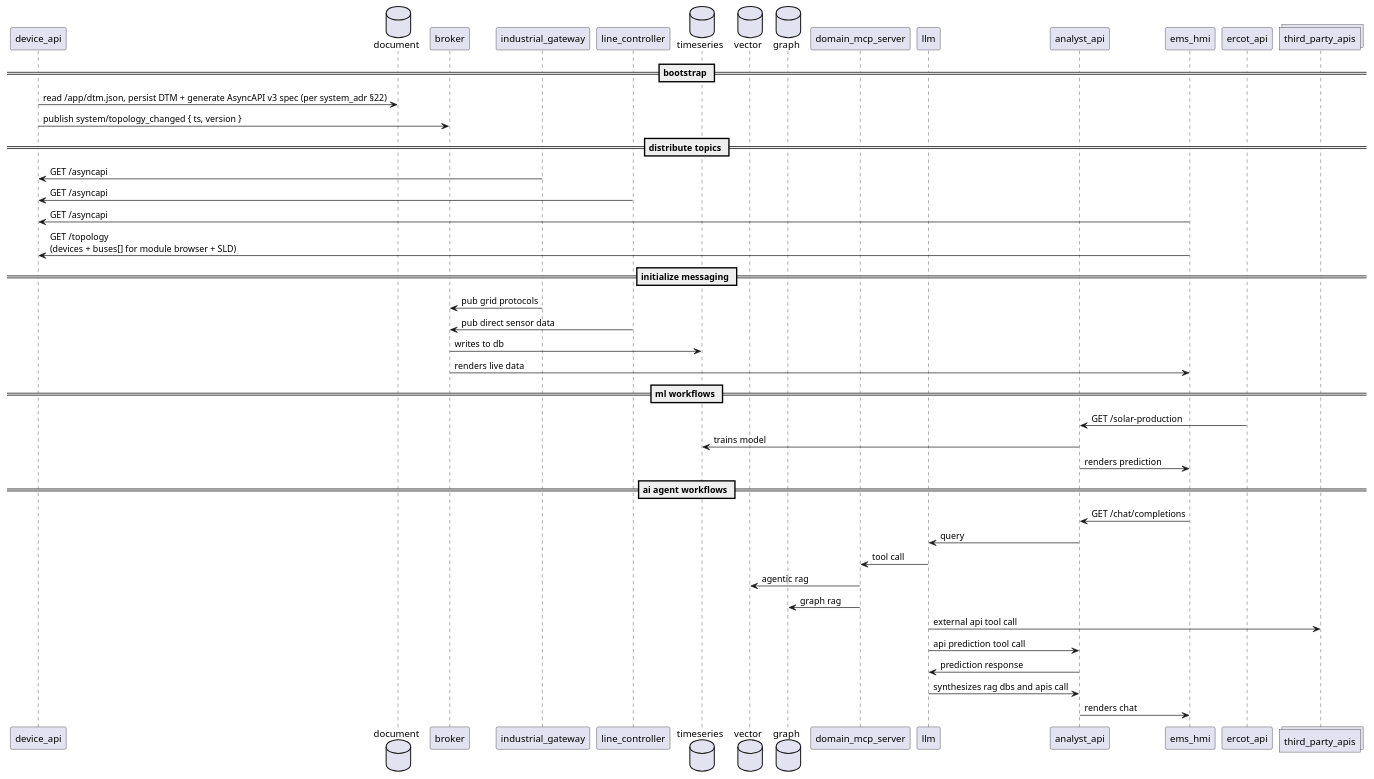
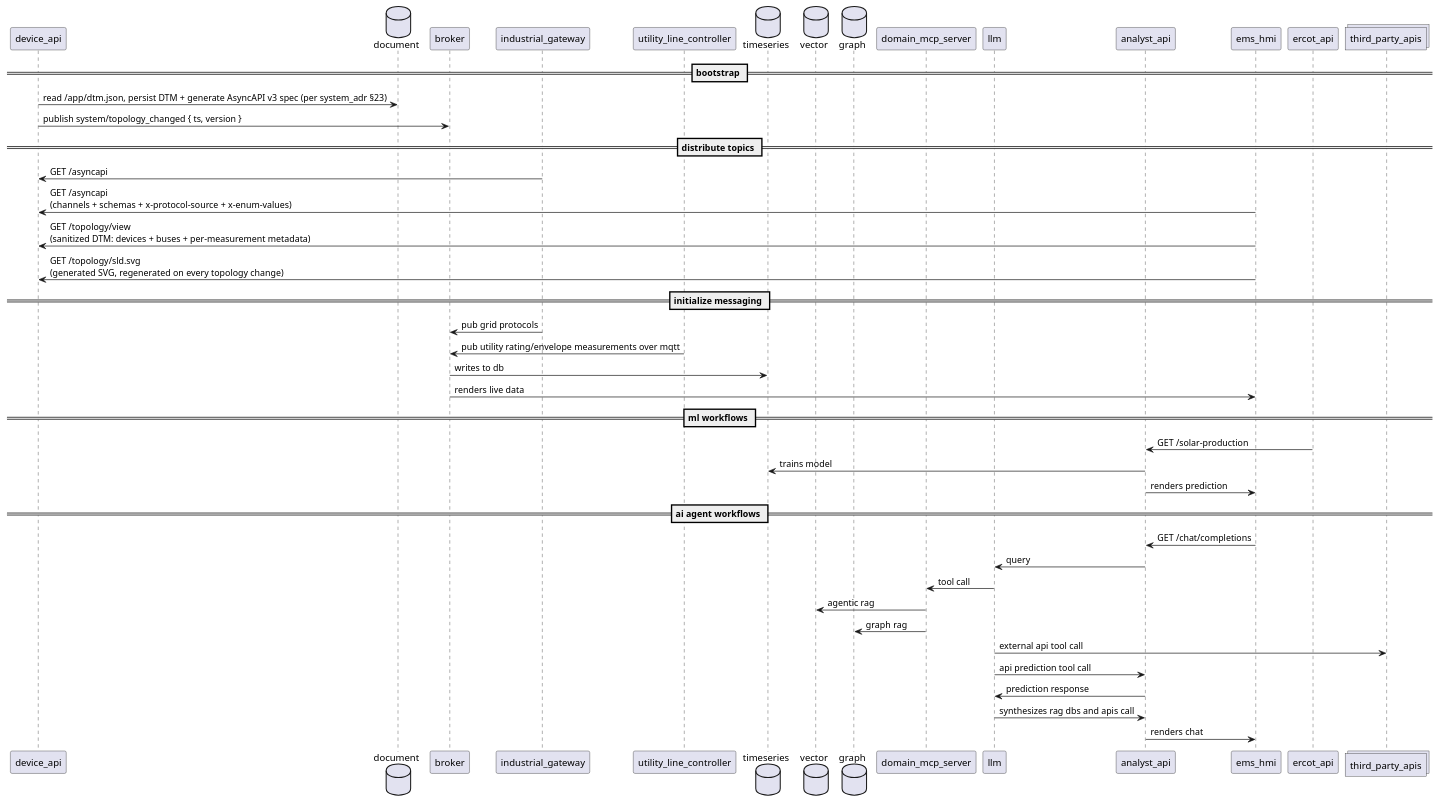
Before and after one commit to arcnode-io/ems: the second of 6 diagrams in readme.md, drawn with PlantUML. The commit also changed other lines of this file and 2 other files, not shown here.

````diff
--- a/readme.md
+++ b/readme.md
@@ -68,44 +67,44 @@
 ```plantuml
 participant device_api
 database document
 participant broker
 participant industrial_gateway
-participant line_controller
+participant utility_line_controller
 database timeseries
 database vector
 database graph
 participant domain_mcp_server
 participant llm
 participant analyst_api
 participant ems_hmi
 participant ercot_api
 collections third_party_apis
 == bootstrap ==
-device_api -> document: read /app/dtm.json, persist DTM + generate AsyncAPI v3 spec (per system_adr §22)
+device_api -> document: read /app/dtm.json, persist DTM + generate AsyncAPI v3 spec (per system_adr §23)
 device_api -> broker: publish system/topology_changed { ts, version }
 == distribute topics ==
 industrial_gateway -> device_api: GET /asyncapi
-line_controller -> device_api: GET /asyncapi
-ems_hmi -> device_api: GET /asyncapi
-ems_hmi -> device_api: GET /topology\n(devices + buses[] for module browser + SLD)
+ems_hmi -> device_api: GET /asyncapi\n(channels + schemas + x-protocol-source + x-enum-values)
+ems_hmi -> device_api: GET /topology/view\n(sanitized DTM: devices + buses + per-measurement metadata)
+ems_hmi -> device_api: GET /topology/sld.svg\n(generated SVG, regenerated on every topology change)
 ==  initialize messaging ==
 industrial_gateway -> broker: pub grid protocols
-line_controller -> broker: pub direct sensor data
+utility_line_controller -> broker: pub utility rating/envelope measurements over mqtt
 broker -> timeseries: writes to db
 broker -> ems_hmi: renders live data
 == ml workflows ==
 ercot_api -> analyst_api: GET /solar-production
 timeseries <- analyst_api: trains model
 analyst_api -> ems_hmi: renders prediction
 == ai agent workflows ==
 ems_hmi -> analyst_api: GET /chat/completions  
 analyst_api -> llm: query
 llm -> domain_mcp_server: tool call
 domain_mcp_server -> vector: agentic rag
 domain_mcp_server -> graph: graph rag
 llm -> third_party_apis: external api tool call
 llm -> analyst_api: api prediction tool call
 analyst_api -> llm: prediction response
 llm -> analyst_api: synthesizes rag dbs and apis call
 analyst_api -> ems_hmi: renders chat
 ```
````
